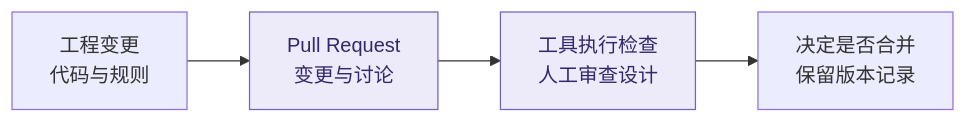
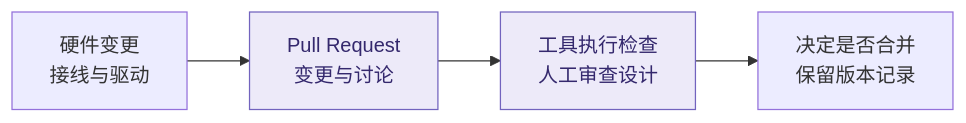
Before and after one commit to pao-1024/pao: the diagram in presentation/pr-review.mmd, drawn with Mermaid. The commit also changed 6 other files, not shown here.

```diff
--- a/presentation/pr-review.mmd
+++ b/presentation/pr-review.mmd
@@ -1,6 +1,6 @@
 flowchart LR
-  change["工程变更<br/>代码与规则"] --> pr["Pull Request<br/>变更与讨论"]
+  change["硬件变更<br/>接线与驱动"] --> pr["Pull Request<br/>变更与讨论"]
   pr --> review["工具执行检查<br/>人工审查设计"]
   review --> history["决定是否合并<br/>保留版本记录"]
   classDef focus fill:#edeaf9,stroke:#7263be,color:#34286d
   class pr,review focus
```
